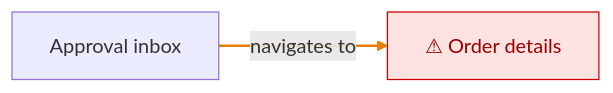
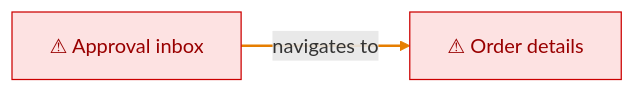
Before and after one commit to quark-sri/domainlore: the second of 2 diagrams in examples/order-approval/knowledge/approvals/map.md, drawn with Mermaid. The commit also changed 26 other files, not shown here.

````diff
--- a/examples/order-approval/knowledge/approvals/map.md
+++ b/examples/order-approval/knowledge/approvals/map.md
@@ -24,10 +24,10 @@
 ```mermaid
 flowchart LR
-  n_approvals_screens_approval_inbox["Approval inbox"]
+  n_approvals_screens_approval_inbox["⚠ Approval inbox"]
   n_ordering_screens_order_details["⚠ Order details"]
   n_approvals_screens_approval_inbox -->|"navigates to"| n_ordering_screens_order_details
   linkStyle 0 stroke:#e67e00,stroke-width:2px
   classDef gap fill:#fde2e2,stroke:#c00,color:#900
   classDef unverified color:#777,stroke:#aaa
-  class n_ordering_screens_order_details gap
+  class n_approvals_screens_approval_inbox,n_ordering_screens_order_details gap
 ```
````
